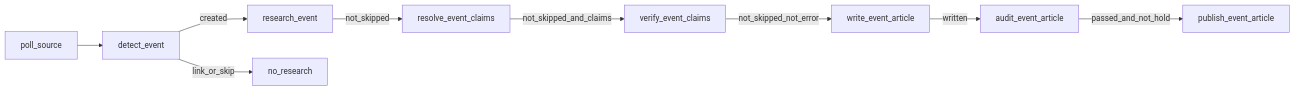
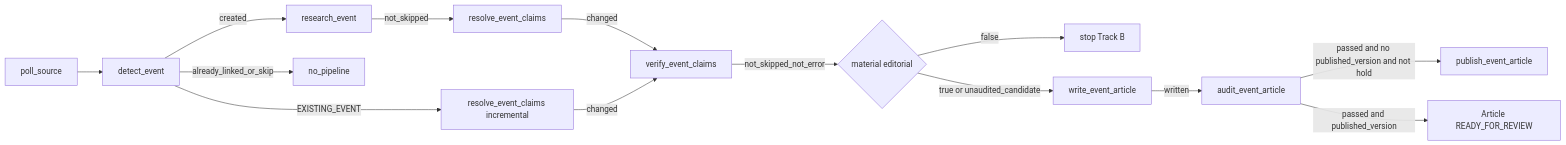
The diagram in docs/ai/pipeline.md (UrielPandolfi/diario-sin-linea), drawn with Mermaid before and after one commit. The commit also changed other lines of this file and 18 other files, not shown here.

First line of the commit message:
Cerrar Track B: una fuente vinculada actualiza claims de forma incremental y solo reescribe si hay cambio editorial.

````diff
--- a/docs/ai/pipeline.md
+++ b/docs/ai/pipeline.md
@@ -5,11 +5,16 @@
 ```mermaid
 flowchart LR
   poll[poll_source] --> detect[detect_event]
   detect -->|created| research[research_event]
-  detect -->|link_or_skip| stopDetect[no_research]
+  detect -->|EXISTING_EVENT| claimsB[resolve_event_claims incremental]
+  detect -->|already_linked_or_skip| stopDetect[no_pipeline]
   research -->|not_skipped| claims[resolve_event_claims]
-  claims -->|not_skipped_and_claims| verify[verify_event_claims]
-  verify -->|not_skipped_not_error| write[write_event_article]
+  claims -->|changed| verify[verify_event_claims]
+  claimsB -->|changed| verify
+  verify -->|not_skipped_not_error| material{material editorial}
+  material -->|false| stopB[stop Track B]
+  material -->|true or unaudited_candidate| write[write_event_article]
   write -->|written| audit[audit_event_article]
-  audit -->|passed_and_not_hold| publish[publish_event_article]
+  audit -->|passed and no published_version and not hold| publish[publish_event_article]
+  audit -->|passed and published_version| review[Article READY_FOR_REVIEW]
 ```
````
